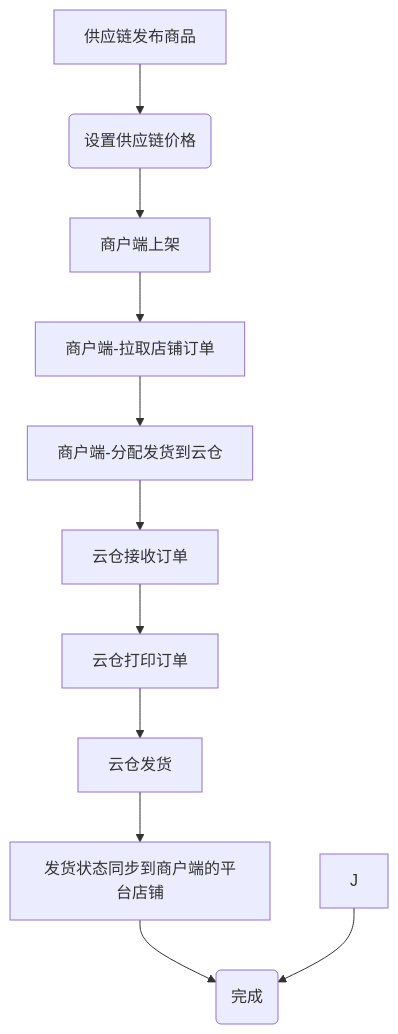
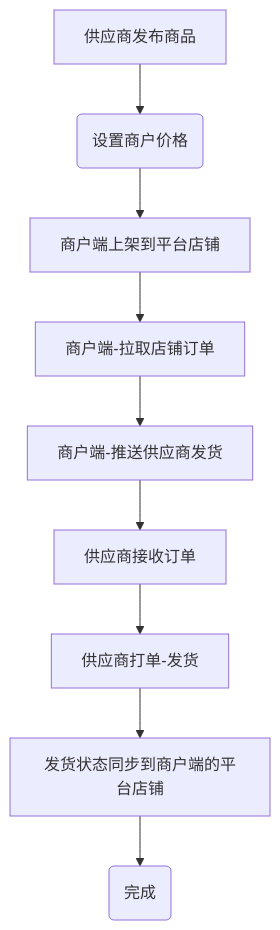
Before and after one commit to zeasin/qihangerp-scm: the diagram in README.md, drawn with Mermaid. The commit also changed other lines of this file, not shown here.

````diff
--- a/README.md
+++ b/README.md
@@ -27,14 +41,11 @@
 ```mermaid
 graph TB
-A[供应链发布商品] -->B(设置供应链价格)
-    B --> E[商户端上架]
+A[供应商发布商品] -->B(设置商户价格)
+    B --> E[商户端上架到平台店铺]
     E --> C[商户端-拉取店铺订单]
-    C --> D[商户端-分配发货到云仓]
-    D --> F[云仓接收订单]
-    F --> G[云仓打印订单]
-    G --> H[云仓发货]
-    H --> I[发货状态同步到商户端的平台店铺]
+    C --> D[商户端-推送供应商发货]
+    D --> F[供应商接收订单]
+    F --> G[供应商打单-发货]
+    G --> I[发货状态同步到商户端的平台店铺]
     I --> K(完成)
-    J --> K
-
 ```
````
